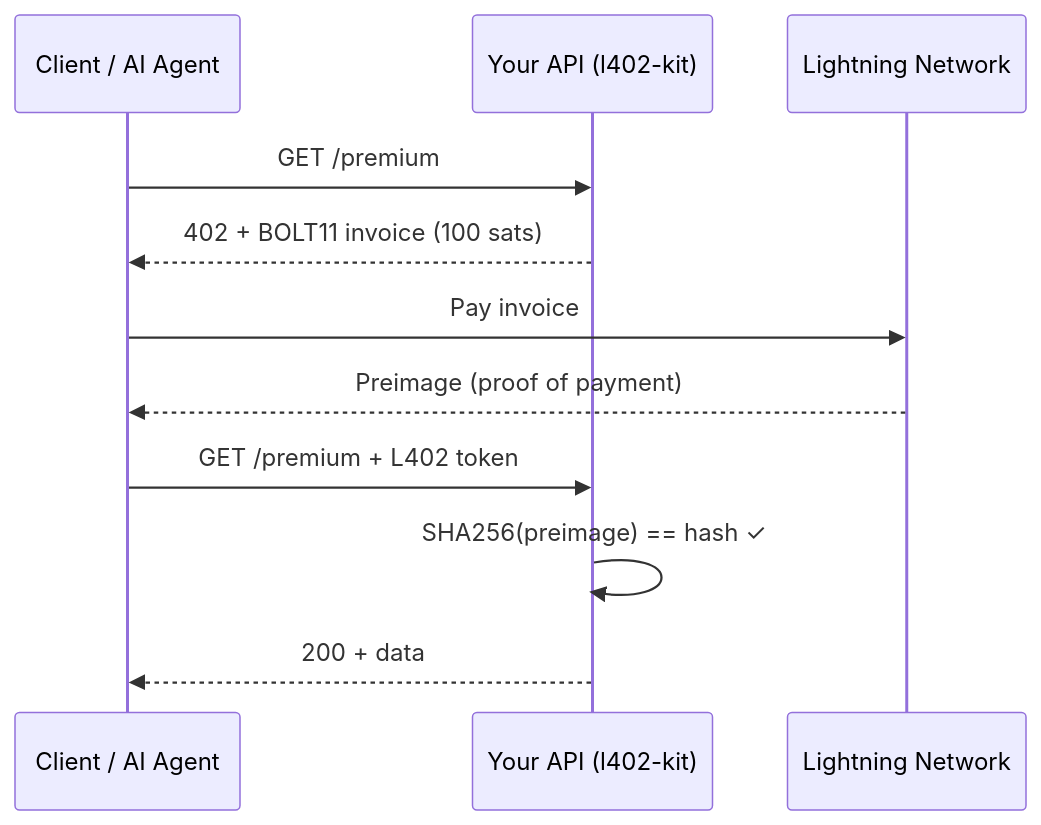
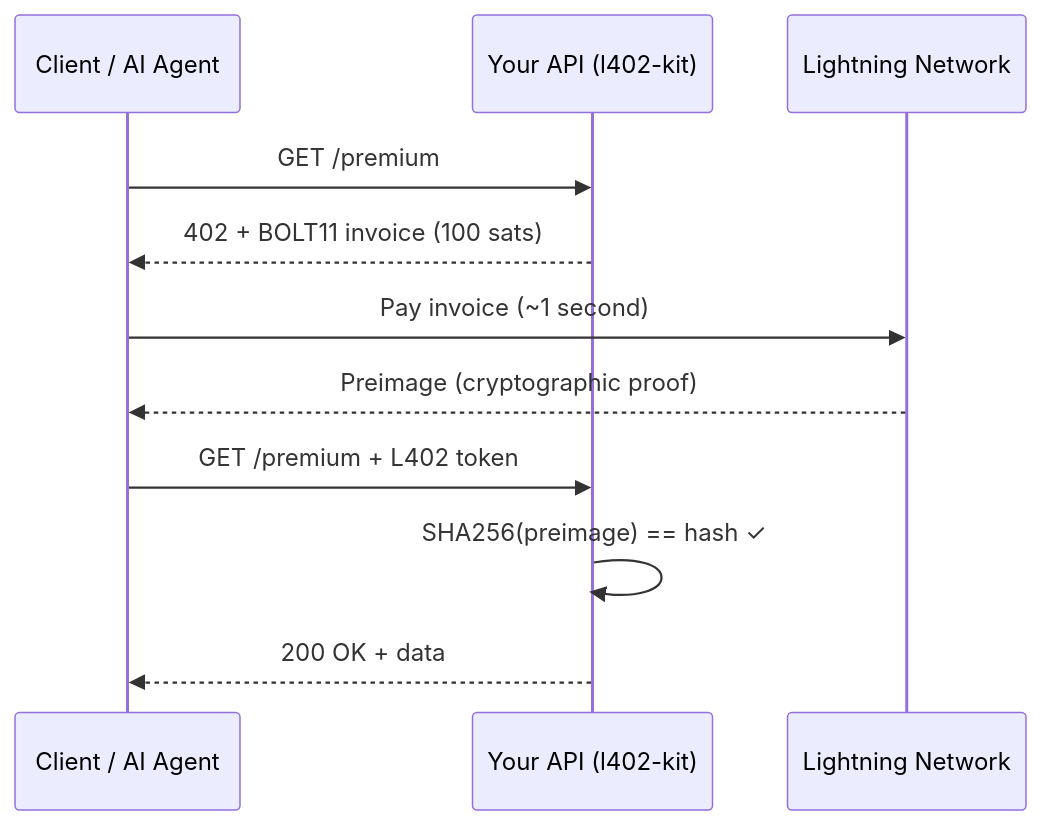
Before and after one commit to ShinyDapps/l402-kit: the diagram in README.md, drawn with Mermaid. The commit also changed other lines of this file, not shown here.

````diff
--- a/README.md
+++ b/README.md
@@ -36,14 +142,14 @@
 ```mermaid
 sequenceDiagram
-    participant Client as Client / AI Agent
-    participant API as Your API (l402-kit)
-    participant LN as Lightning Network
+    participant C as Client / AI Agent
+    participant A as Your API (l402-kit)
+    participant L as Lightning Network
 
-    Client->>API: GET /premium
-    API-->>Client: 402 + BOLT11 invoice (100 sats)
-    Client->>LN: Pay invoice
-    LN-->>Client: Preimage (proof of payment)
-    Client->>API: GET /premium + L402 token
-    API->>API: SHA256(preimage) == hash ✓
-    API-->>Client: 200 + data
+    C->>A: GET /premium
+    A-->>C: 402 + BOLT11 invoice (100 sats)
+    C->>L: Pay invoice (~1 second)
+    L-->>C: Preimage (cryptographic proof)
+    C->>A: GET /premium + L402 token
+    A->>A: SHA256(preimage) == hash ✓
+    A-->>C: 200 OK + data
 ```
````
